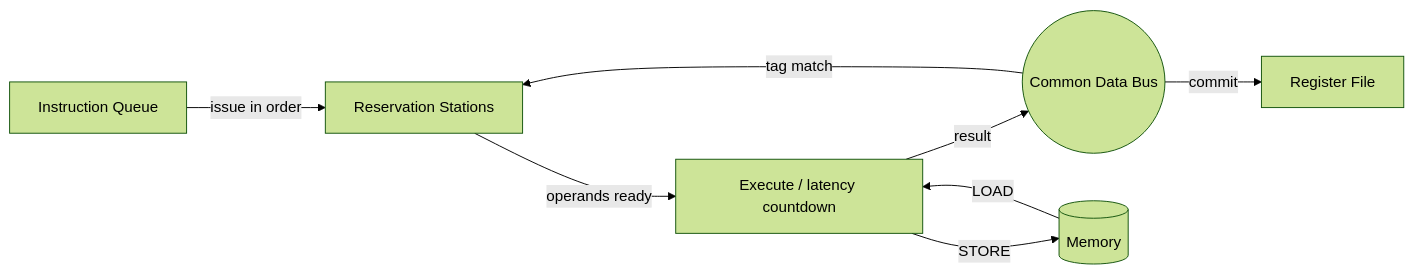
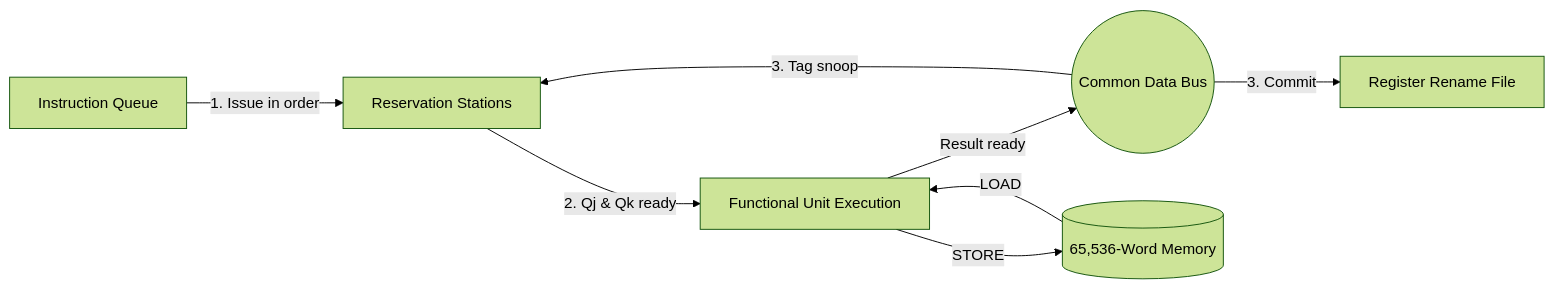
The diagram in README.md (mennatallahessam/Tomasulo-algorithm-for-out-of-order-execution), drawn with Mermaid (forest theme) before and after one commit. The commit also changed other lines of this file and 18 other files, not shown here.

````diff
--- a/README.md
+++ b/README.md
@@ -238,10 +199,10 @@
 ```mermaid
 flowchart LR
-    Q[Instruction Queue] -->|issue in order| RS[Reservation Stations]
-    RS -->|operands ready| FU[Execute / latency countdown]
-    FU -->|result| CDB((Common Data Bus))
-    CDB -->|tag match| RS
-    CDB -->|commit| REG[Register File]
-    FU -->|STORE| MEM[(Memory)]
-    MEM -->|LOAD| FU
+    Q[Instruction Queue] -->|1. Issue in order| RS[Reservation Stations]
+    RS -->|2. Qj & Qk ready| EX[Functional Unit Execution]
+    EX -->|Result ready| CDB((Common Data Bus))
+    CDB -->|3. Tag snoop| RS
+    CDB -->|3. Commit| REG[Register Rename File]
+    EX -->|STORE| MEM[(65,536-Word Memory)]
+    MEM -->|LOAD| EX
 ```
````
